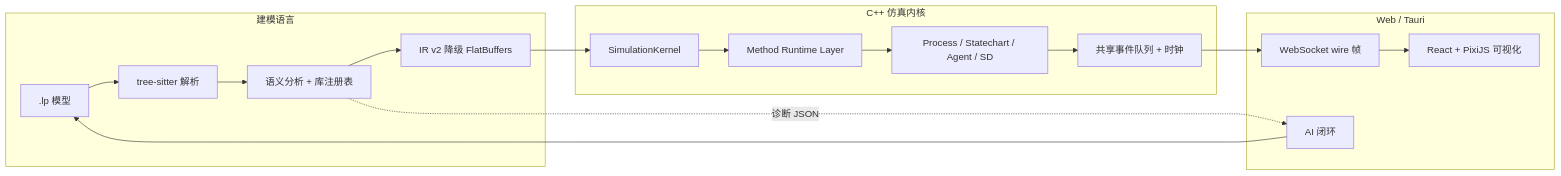
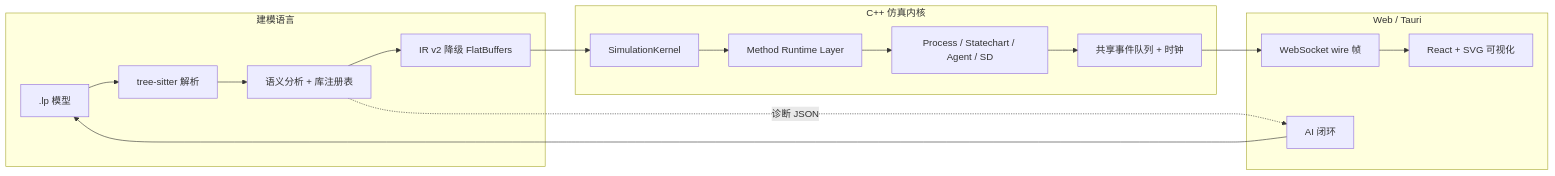
Before and after one commit to JasonJin2006/LogicPilot: the diagram in README.md, drawn with Mermaid. The commit also changed other lines of this file and 4 other files, not shown here.

````diff
--- a/README.md
+++ b/README.md
@@ -20,20 +20,20 @@
 ```mermaid
 flowchart LR
     subgraph DSL[建模语言]
         A[.lp 模型] --> B[tree-sitter 解析]
         B --> C[语义分析 + 库注册表]
         C --> D[IR v2 降级 FlatBuffers]
     end
     subgraph Kernel[C++ 仿真内核]
         D --> E[SimulationKernel]
         E --> F[Method Runtime Layer]
         F --> G[Process / Statechart / Agent / SD]
         G --> H[共享事件队列 + 时钟]
     end
     subgraph IDE[Web / Tauri]
         H --> I[WebSocket wire 帧]
-        I --> J[React + PixiJS 可视化]
+        I --> J[React + SVG 可视化]
         C -. 诊断 JSON .-> K[AI 闭环]
         K --> A
     end
 ```
````
